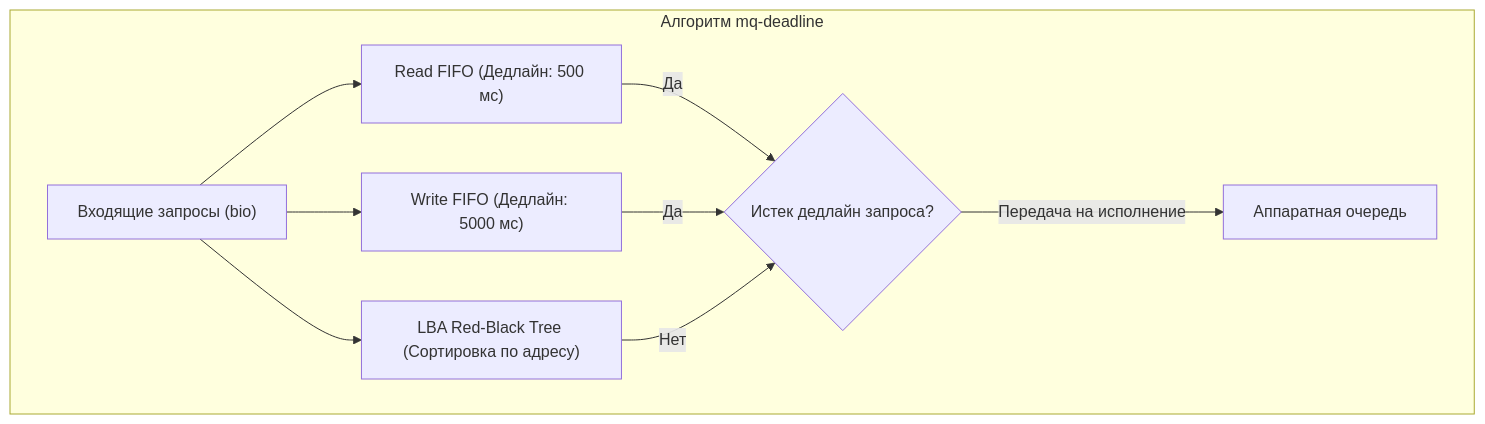
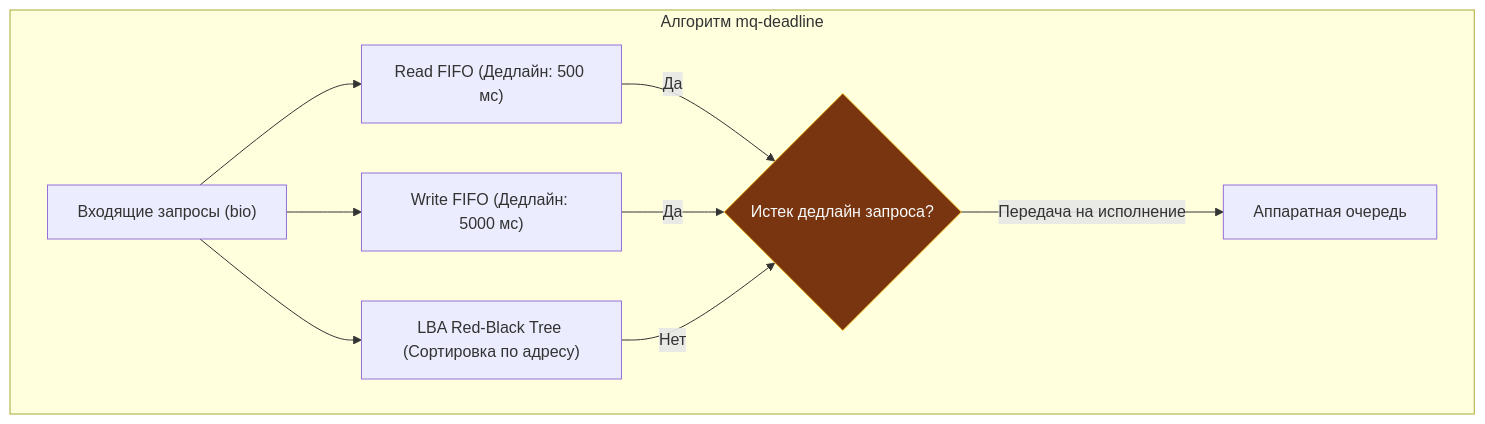
The third of 6 diagrams in sources/2. Устройство и работа ОС/45. Scheduler диска и очередь запросов.md (UnrealTemplier/go-textbook), drawn with Mermaid before and after one commit. The commit also changed other lines of this file and 1666 other files, not shown here.

First line of the commit message:
feat(mermaid): add semantic color classDef to 1369 colorless flowchart/graph diagrams

````diff
--- a/sources/2. Устройство и работа ОС/45. Scheduler диска и очередь запросов.md
+++ b/sources/2. Устройство и работа ОС/45. Scheduler диска и очередь запросов.md
@@ -93,19 +113,29 @@
 ```mermaid
 flowchart TD
+    classDef process  fill:#1e293b,stroke:#38bdf8,stroke-width:1px,color:#f8fafc
+    classDef success  fill:#064e3b,stroke:#34d399,stroke-width:1px,color:#f8fafc
+    classDef error    fill:#7f1d1d,stroke:#f87171,stroke-width:1px,color:#f8fafc
+    classDef warning  fill:#78350f,stroke:#fbbf24,stroke-width:1px,color:#f8fafc
+    classDef entry    fill:#1e3a5f,stroke:#38bdf8,stroke-width:2px,color:#f8fafc
+    classDef aux      fill:#334155,stroke:#64748b,stroke-width:1px,color:#f8fafc
+    classDef system   fill:#312e81,stroke:#a78bfa,stroke-width:1px,color:#f8fafc
+    classDef data     fill:#132d29,stroke:#2dd4bf,stroke-width:1px,color:#f8fafc
+    classDef network  fill:#881337,stroke:#fb7185,stroke-width:1px,color:#f8fafc
+    classDef accent   fill:#1e1b4b,stroke:#818cf8,stroke-width:1px,color:#f8fafc
     subgraph MQDeadline["Алгоритм mq-deadline"]
         Incoming["Входящие запросы (bio)"]
         SortedRead["Read FIFO (Дедлайн: 500 мс)"]
         SortedWrite["Write FIFO (Дедлайн: 5000 мс)"]
         LBATree["LBA Red-Black Tree (Сортировка по адресу)"]
 
         Incoming --> SortedRead
         Incoming --> SortedWrite
         Incoming --> LBATree
 
-        Dispatch{"Истек дедлайн запроса?"}
+        Dispatch{"Истек дедлайн запроса?"}:::warning
         SortedRead -->|Да| Dispatch
         SortedWrite -->|Да| Dispatch
         LBATree -->|Нет| Dispatch
         Dispatch -->|"Передача на исполнение"| HW["Аппаратная очередь"]
     end
 ```
````
